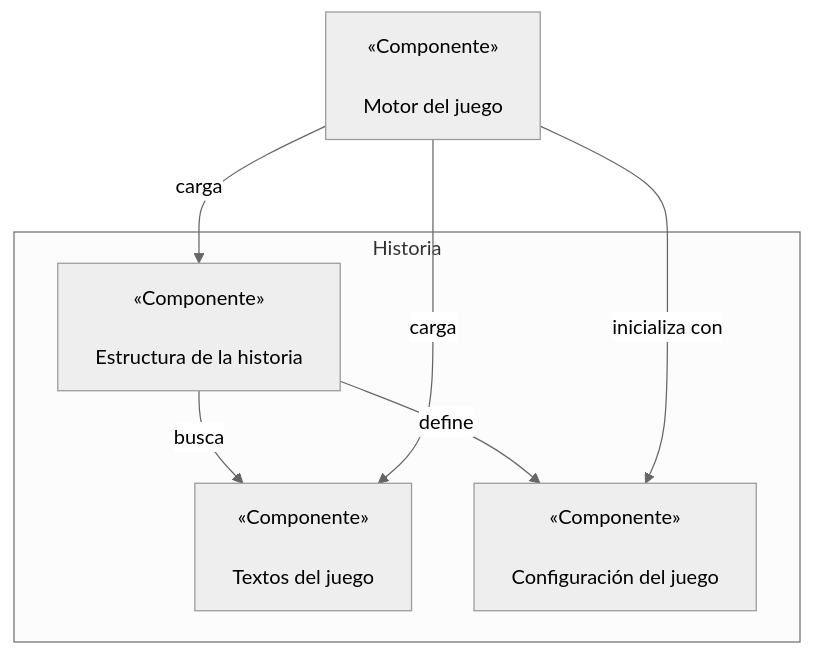
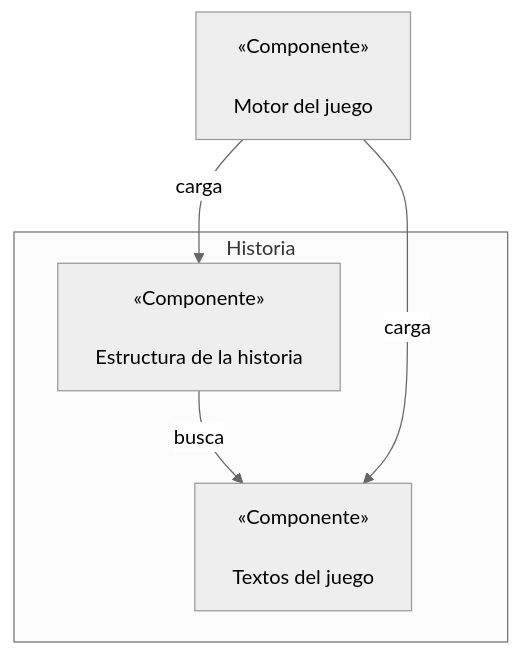
The diagram in GDD.md (tecnibus5/EscapeRoomBUS), drawn with Mermaid (neutral theme) before and after one commit. The commit also changed other lines of this file, not shown here.

Commit message:
fix: Añadir estructura de datos y corregir diagrama

````diff
--- a/GDD.md
+++ b/GDD.md
@@ -31,20 +31,15 @@
 ```mermaid
 graph TB 
     text["#171;Componente#187;<br/>
     Textos del juego"]
     story["#171;Componente#187;<br/>
     Estructura de la historia"]
-    config["#171;Componente#187;<br/>
-    Configuración del juego"]
     logic["#171;Componente#187;<br/>
     Motor del juego"]
 
     subgraph Historia
         story -->|busca|text
-        story -->|define|config
-        config
     end
     logic -->|carga|story
-    logic -->|inicializa con|config
     logic -->|carga|text
 ```
````
